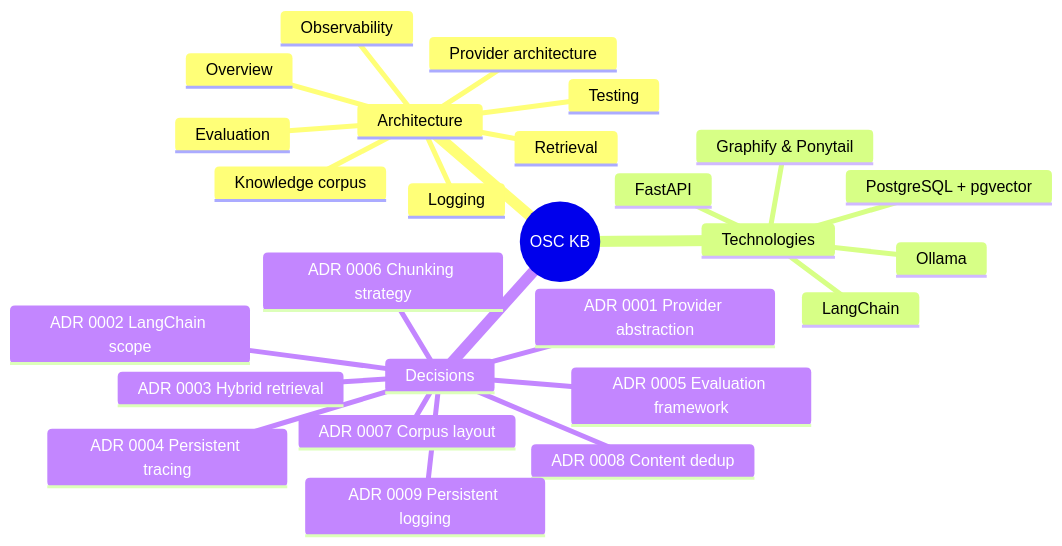
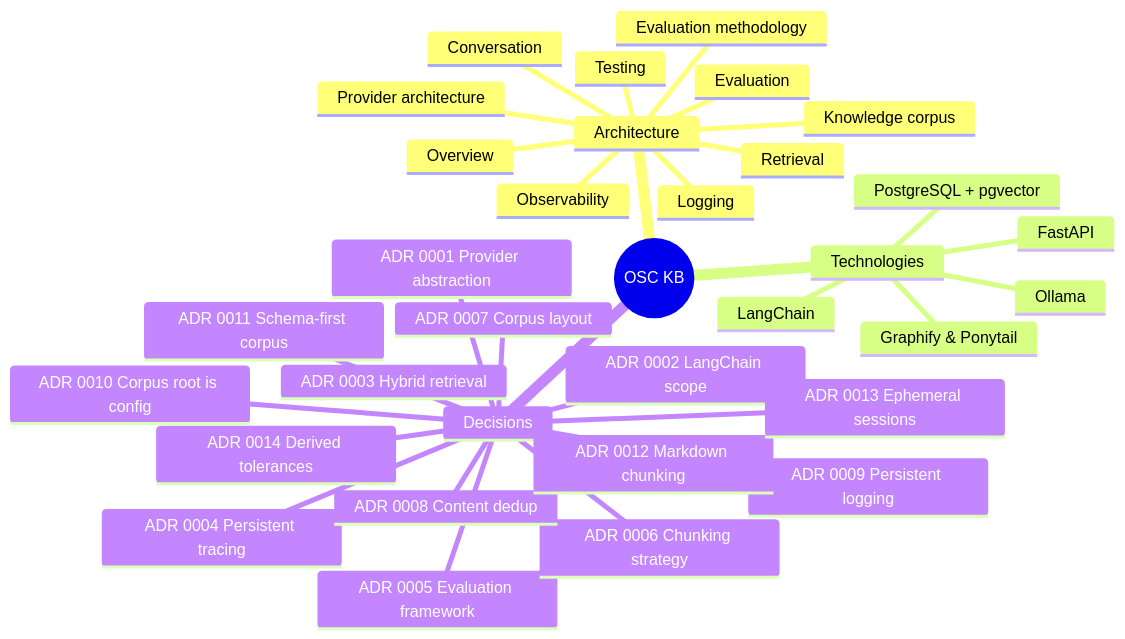
Before and after one commit to MokshDX/OSC-Chatbot: the diagram in docs/engineering/README.md, drawn with Mermaid. The commit also changed other lines of this file and 365 other files, not shown here.

First line of the commit message:
feat: conversational memory, schema-first corpus, mature evaluation system

````diff
--- a/docs/engineering/README.md
+++ b/docs/engineering/README.md
@@ -18,29 +19,36 @@
 ```mermaid
 mindmap
   root((OSC KB))
     Architecture
       Overview
       Provider architecture
       Retrieval
       Observability
       Logging
+      Conversation
       Evaluation
+      Evaluation methodology
       Knowledge corpus
       Testing
     Technologies
       PostgreSQL + pgvector
       Ollama
       LangChain
       FastAPI
       Graphify & Ponytail
     Decisions
       ADR 0001 Provider abstraction
       ADR 0002 LangChain scope
       ADR 0003 Hybrid retrieval
       ADR 0004 Persistent tracing
       ADR 0005 Evaluation framework
       ADR 0006 Chunking strategy
       ADR 0007 Corpus layout
       ADR 0008 Content dedup
       ADR 0009 Persistent logging
+      ADR 0010 Corpus root is config
+      ADR 0011 Schema-first corpus
+      ADR 0012 Markdown chunking
+      ADR 0013 Ephemeral sessions
+      ADR 0014 Derived tolerances
 ```
````
